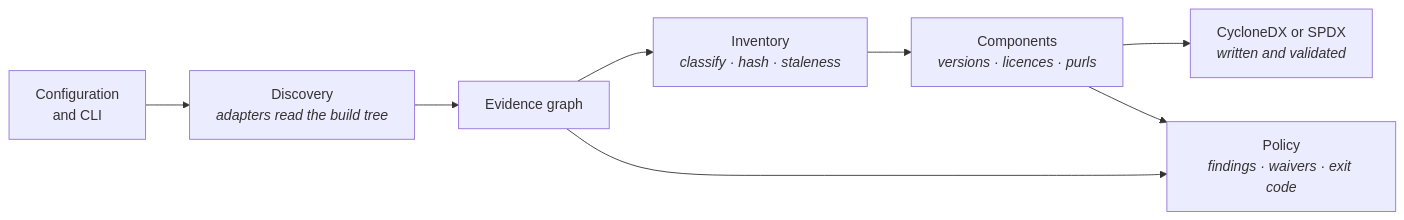
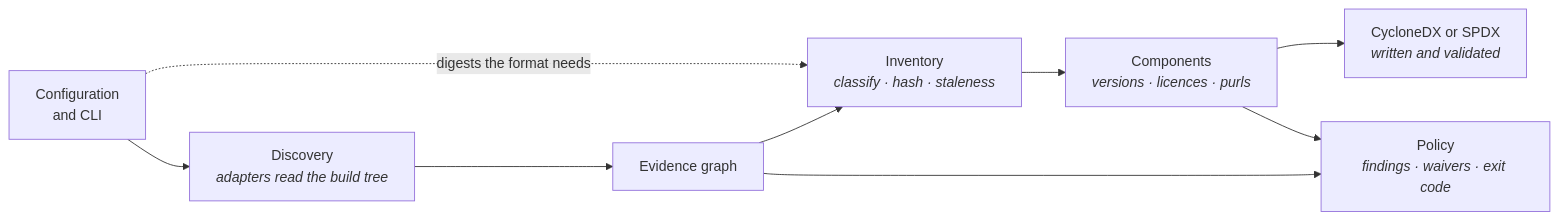
One commit to Andste82/sbomb changed the third of 8 diagrams in docs/architecture.md. Above: the diagram before and after it, drawn with Mermaid. The commit also changed other lines of this file and 11 other files, not shown here.

````diff
--- a/docs/architecture.md
+++ b/docs/architecture.md
@@ -77,10 +77,11 @@
 ```mermaid
 flowchart LR
     CFG["Configuration<br/>and CLI"] --> DISC["Discovery<br/><i>adapters read the build tree</i>"]
     DISC --> GRAPH["Evidence graph"]
     GRAPH --> INV["Inventory<br/><i>classify · hash · staleness</i>"]
     INV --> COMP["Components<br/><i>versions · licences · purls</i>"]
     COMP --> DOC["CycloneDX or SPDX<br/><i>written and validated</i>"]
     GRAPH --> POL["Policy<br/><i>findings · waivers · exit code</i>"]
     COMP --> POL
+    CFG -.->|"digests the format needs"| INV
 ```
````
